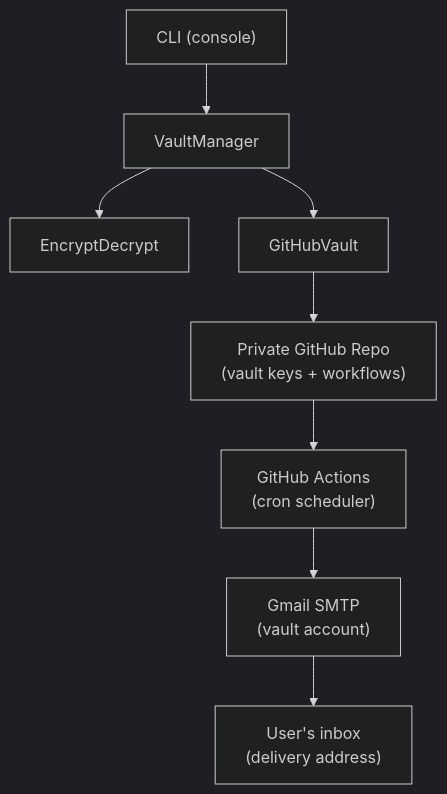
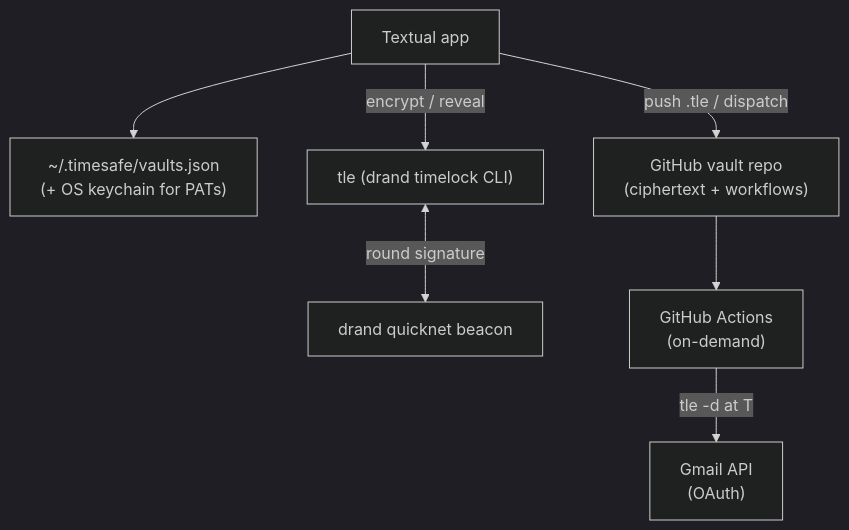
One commit to louisalexander/time-safe changed the diagram in docs/architecture.md. Above: the diagram before and after it, drawn with Mermaid (dark theme). The commit also changed other lines of this file and 7 other files, not shown here.

First line of the commit message:
docs: rewrite GitHub Pages for the timelock Python app; mask secret input

````diff
--- a/docs/architecture.md
+++ b/docs/architecture.md
@@ -7,19 +7,17 @@
 ```mermaid
 flowchart TD
-    CLI["CLI (console)"]
-    VM["VaultManager"]
-    ED["EncryptDecrypt"]
-    GV["GitHubVault"]
-    REPO["Private GitHub Repo\n(vault keys + workflows)"]
-    GA["GitHub Actions\n(cron scheduler)"]
-    GMAIL["Gmail SMTP\n(vault account)"]
-    INBOX["User's inbox\n(delivery address)"]
+    APP["Textual app"]
+    REG["~/.timesafe/vaults.json\n(+ OS keychain for PATs)"]
+    TLE["tle (drand timelock CLI)"]
+    DRAND["drand quicknet beacon"]
+    REPO["GitHub vault repo\n(ciphertext + workflows)"]
+    GA["GitHub Actions\n(on-demand)"]
+    GMAIL["Gmail API\n(OAuth)"]
 
-    CLI --> VM
-    VM --> ED
-    VM --> GV
-    GV --> REPO
+    APP --> REG
+    APP -->|encrypt / reveal| TLE
+    TLE <-->|round signature| DRAND
+    APP -->|push .tle / dispatch| REPO
     REPO --> GA
-    GA --> GMAIL
-    GMAIL --> INBOX
+    GA -->|tle -d at T| GMAIL
 ```
````
